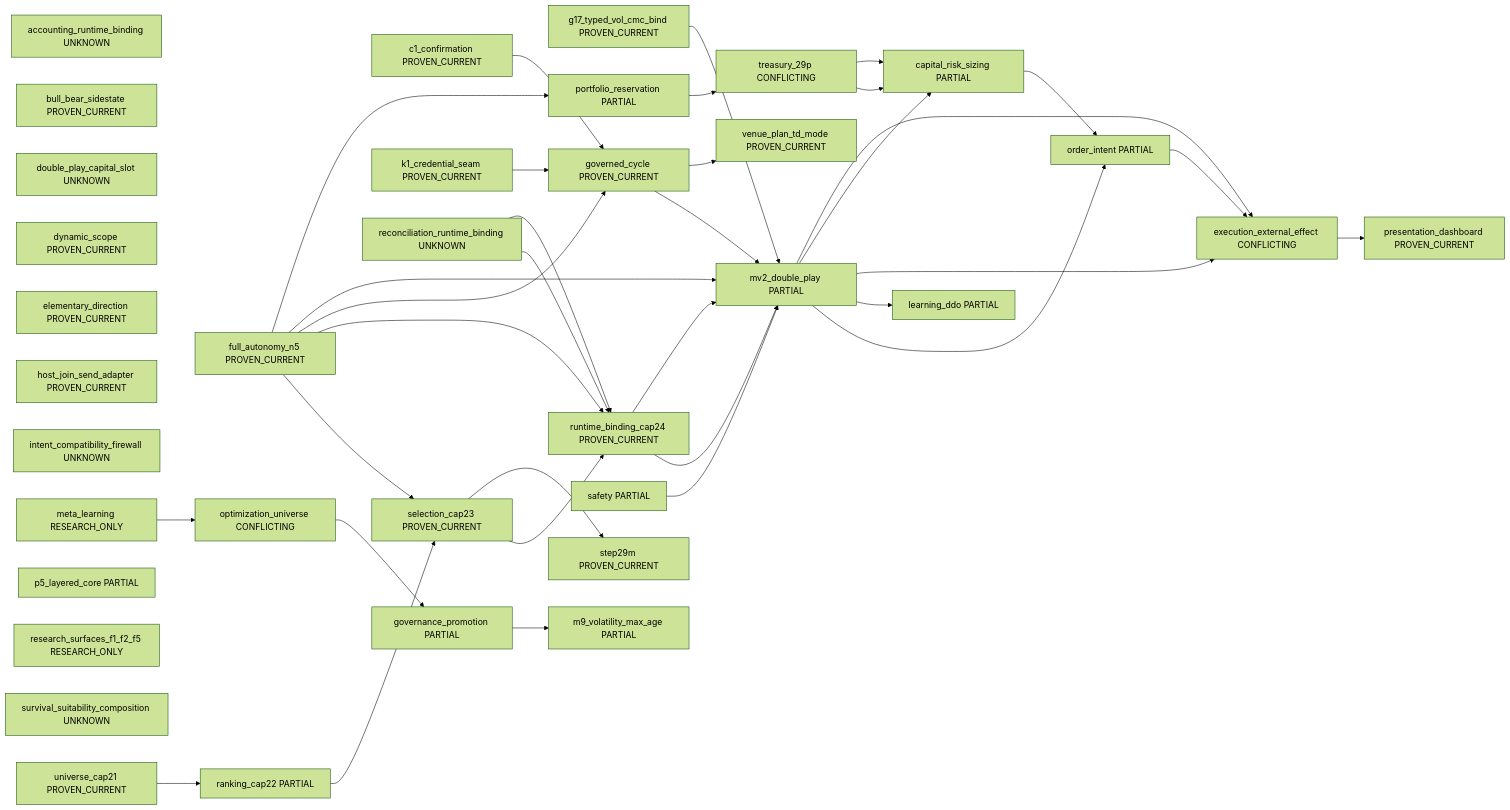
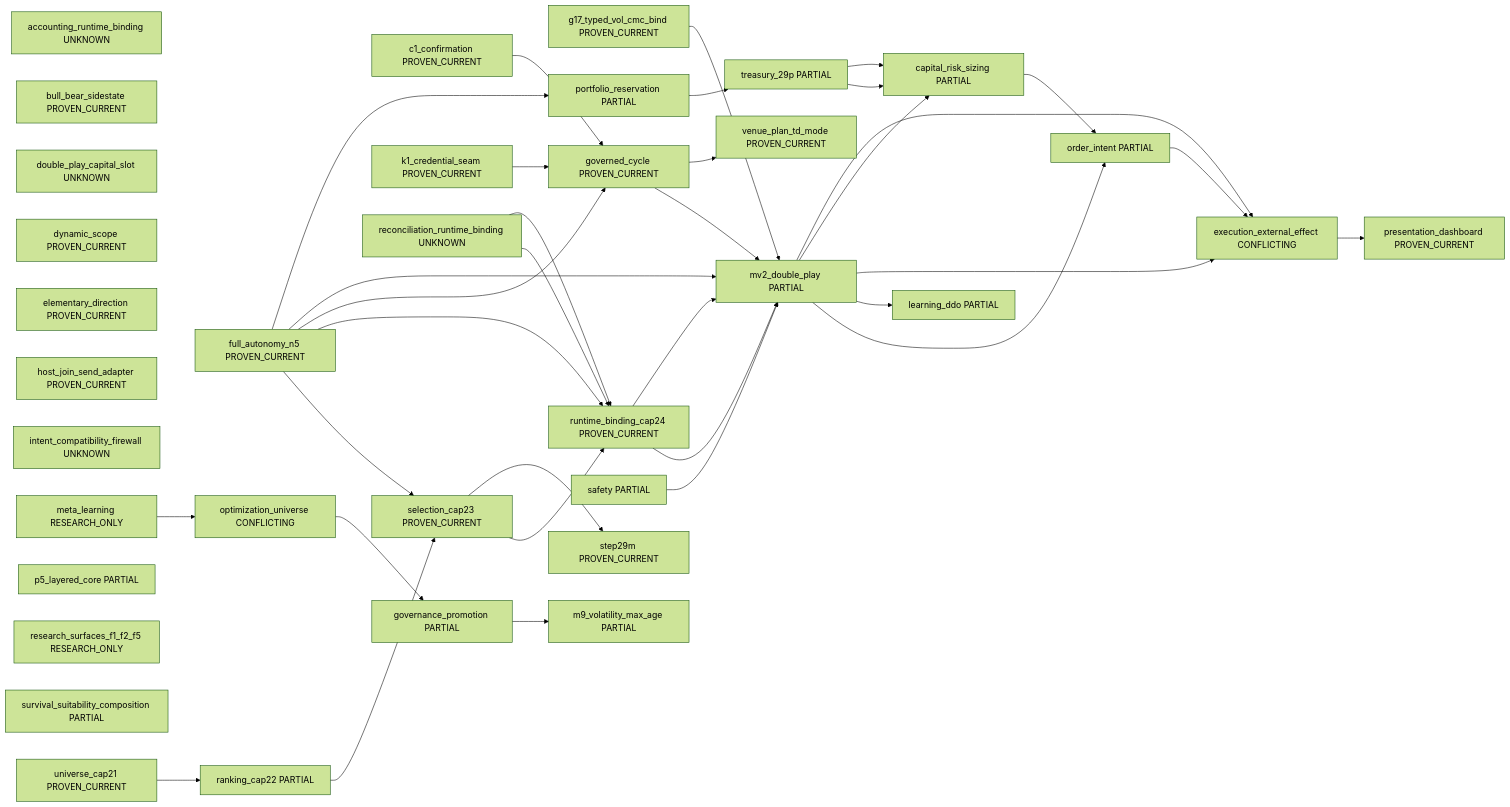
The diagram in docs/governance/current_system_interaction_authority_map_v1/generated/system_landscape_v1.md (rauterfrank-ui/Peak_Trade), drawn with Mermaid (forest theme) before and after one commit. The commit also changed other lines of this file and 9 other files, not shown here.

````diff
--- a/docs/governance/current_system_interaction_authority_map_v1/generated/system_landscape_v1.md
+++ b/docs/governance/current_system_interaction_authority_map_v1/generated/system_landscape_v1.md
@@ -7,71 +7,71 @@
 ```mermaid
 flowchart LR
   accounting_runtime_binding["accounting_runtime_binding UNKNOWN"]
   bull_bear_sidestate["bull_bear_sidestate PROVEN_CURRENT"]
   c1_confirmation["c1_confirmation PROVEN_CURRENT"]
   capital_risk_sizing["capital_risk_sizing PARTIAL"]
   double_play_capital_slot["double_play_capital_slot UNKNOWN"]
   dynamic_scope["dynamic_scope PROVEN_CURRENT"]
   elementary_direction["elementary_direction PROVEN_CURRENT"]
   execution_external_effect["execution_external_effect CONFLICTING"]
   full_autonomy_n5["full_autonomy_n5 PROVEN_CURRENT"]
   g17_typed_vol_cmc_bind["g17_typed_vol_cmc_bind PROVEN_CURRENT"]
   governance_promotion["governance_promotion PARTIAL"]
   governed_cycle["governed_cycle PROVEN_CURRENT"]
   host_join_send_adapter["host_join_send_adapter PROVEN_CURRENT"]
   intent_compatibility_firewall["intent_compatibility_firewall UNKNOWN"]
   k1_credential_seam["k1_credential_seam PROVEN_CURRENT"]
   learning_ddo["learning_ddo PARTIAL"]
   m9_volatility_max_age["m9_volatility_max_age PARTIAL"]
   meta_learning["meta_learning RESEARCH_ONLY"]
   mv2_double_play["mv2_double_play PARTIAL"]
   optimization_universe["optimization_universe CONFLICTING"]
   order_intent["order_intent PARTIAL"]
   p5_layered_core["p5_layered_core PARTIAL"]
   portfolio_reservation["portfolio_reservation PARTIAL"]
   presentation_dashboard["presentation_dashboard PROVEN_CURRENT"]
   ranking_cap22["ranking_cap22 PARTIAL"]
   reconciliation_runtime_binding["reconciliation_runtime_binding UNKNOWN"]
   research_surfaces_f1_f2_f5["research_surfaces_f1_f2_f5 RESEARCH_ONLY"]
   runtime_binding_cap24["runtime_binding_cap24 PROVEN_CURRENT"]
   safety["safety PARTIAL"]
   selection_cap23["selection_cap23 PROVEN_CURRENT"]
   step29m["step29m PROVEN_CURRENT"]
-  survival_suitability_composition["survival_suitability_composition UNKNOWN"]
-  treasury_29p["treasury_29p CONFLICTING"]
+  survival_suitability_composition["survival_suitability_composition PARTIAL"]
+  treasury_29p["treasury_29p PARTIAL"]
   universe_cap21["universe_cap21 PROVEN_CURRENT"]
   venue_plan_td_mode["venue_plan_td_mode PROVEN_CURRENT"]
   governance_promotion --> m9_volatility_max_age
   runtime_binding_cap24 --> mv2_double_play
   c1_confirmation --> governed_cycle
   execution_external_effect --> presentation_dashboard
   treasury_29p --> capital_risk_sizing
   full_autonomy_n5 --> selection_cap23
   full_autonomy_n5 --> runtime_binding_cap24
   full_autonomy_n5 --> governed_cycle
   full_autonomy_n5 --> mv2_double_play
   full_autonomy_n5 --> portfolio_reservation
   g17_typed_vol_cmc_bind --> mv2_double_play
   governed_cycle --> mv2_double_play
   governed_cycle --> venue_plan_td_mode
   mv2_double_play --> order_intent
   order_intent --> execution_external_effect
   k1_credential_seam --> governed_cycle
   mv2_double_play --> learning_ddo
   meta_learning --> optimization_universe
   mv2_double_play --> execution_external_effect
   mv2_double_play --> capital_risk_sizing
   mv2_double_play --> execution_external_effect
   optimization_universe --> governance_promotion
   portfolio_reservation --> treasury_29p
   ranking_cap22 --> selection_cap23
   reconciliation_runtime_binding --> runtime_binding_cap24
   reconciliation_runtime_binding --> runtime_binding_cap24
   runtime_binding_cap24 --> mv2_double_play
   safety --> mv2_double_play
   selection_cap23 --> runtime_binding_cap24
   capital_risk_sizing --> order_intent
   selection_cap23 --> step29m
   treasury_29p --> capital_risk_sizing
   universe_cap21 --> ranking_cap22
 ```
````
